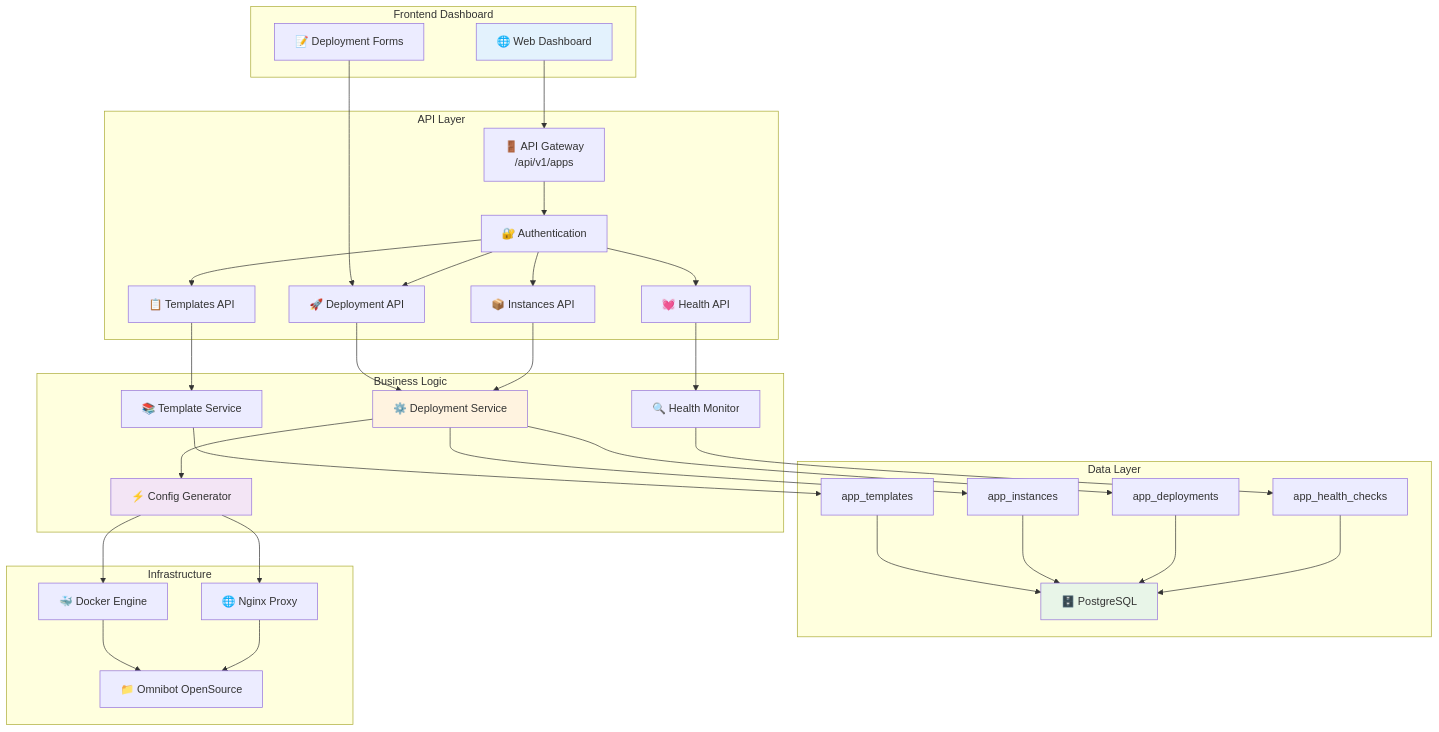
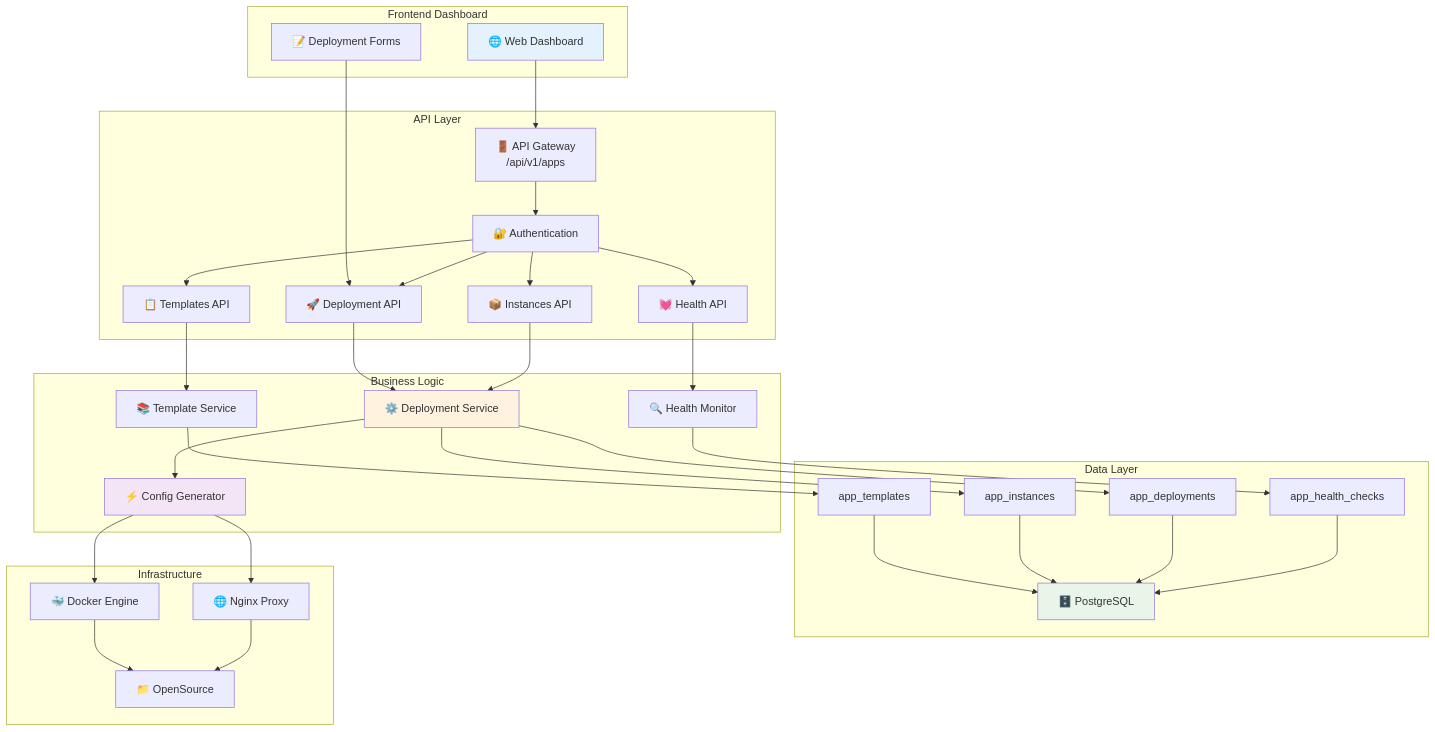
One commit to toanbui-tech/my-system-design changed the diagram in automation-deploy-opensource.md. Above: the diagram before and after it, drawn with Mermaid.

````diff
--- a/automation-deploy-opensource.md
+++ b/automation-deploy-opensource.md
@@ -1,73 +1,73 @@
 ```mermaid
 graph TB
     subgraph "Frontend Dashboard"
         UI["🌐 Web Dashboard"]
         FORMS["📝 Deployment Forms"]
     end
     
     subgraph "API Layer"
         GATEWAY["🚪 API Gateway<br/>/api/v1/apps"]
         AUTH["🔐 Authentication"]
         TEMPLATES["📋 Templates API"]
         DEPLOY["🚀 Deployment API"]
         INSTANCES["📦 Instances API"]
         HEALTH["💓 Health API"]
     end
     
     subgraph "Business Logic"
         TEMPLATE_SVC["📚 Template Service"]
         DEPLOY_SVC["⚙️ Deployment Service"]
         HEALTH_SVC["🔍 Health Monitor"]
         CONFIG_GEN["⚡ Config Generator"]
     end
     
     subgraph "Data Layer"
         DB["🗄️ PostgreSQL"]
         TEMPLATES_TBL["app_templates"]
         INSTANCES_TBL["app_instances"]
         DEPLOY_TBL["app_deployments"]
         HEALTH_TBL["app_health_checks"]
     end
     
     subgraph "Infrastructure"
         DOCKER["🐳 Docker Engine"]
         NGINX["🌐 Nginx Proxy"]
-        OMNI["📁 Omnibot OpenSource"]
+        OMNI["📁 OpenSource"]
     end
     
     UI --> GATEWAY
     FORMS --> DEPLOY
     
     GATEWAY --> AUTH
     AUTH --> TEMPLATES
     AUTH --> DEPLOY
     AUTH --> INSTANCES
     AUTH --> HEALTH
     
     TEMPLATES --> TEMPLATE_SVC
     DEPLOY --> DEPLOY_SVC
     INSTANCES --> DEPLOY_SVC
     HEALTH --> HEALTH_SVC
     
     DEPLOY_SVC --> CONFIG_GEN
     CONFIG_GEN --> DOCKER
     CONFIG_GEN --> NGINX
     
     TEMPLATE_SVC --> TEMPLATES_TBL
     DEPLOY_SVC --> INSTANCES_TBL
     DEPLOY_SVC --> DEPLOY_TBL
     HEALTH_SVC --> HEALTH_TBL
     
     TEMPLATES_TBL --> DB
     INSTANCES_TBL --> DB
     DEPLOY_TBL --> DB
     HEALTH_TBL --> DB
     
     DOCKER --> OMNI
     NGINX --> OMNI
     
     style UI fill:#e3f2fd
     style DEPLOY_SVC fill:#fff3e0
     style CONFIG_GEN fill:#f3e5f5
     style DB fill:#e8f5e8
 ```
````
